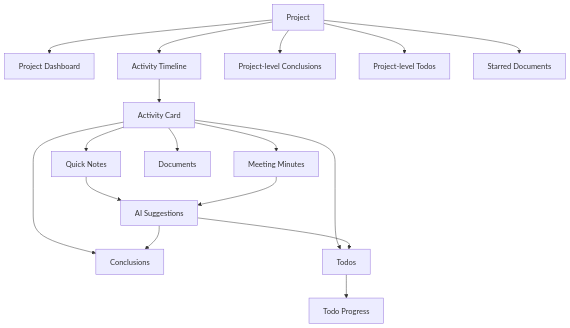
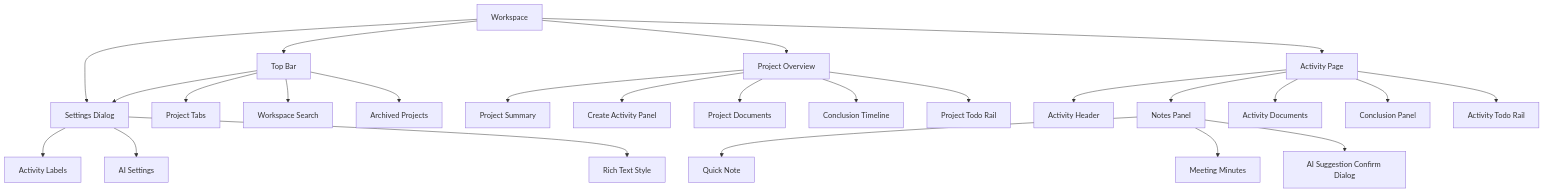
One commit to xuchen-cloud/project_mind changed the diagram in docs/alpha-ux.md. Above: the diagram before and after it, drawn with Mermaid. The commit also changed other lines of this file and 122 other files, not shown here.

````diff
--- a/docs/alpha-ux.md
+++ b/docs/alpha-ux.md
@@ -5,19 +22,27 @@
 ```mermaid
 flowchart TD
-  A["Project"] --> B["Project Dashboard"]
-  A --> C["Activity Timeline"]
-  A --> D["Project-level Conclusions"]
-  A --> E["Project-level Todos"]
-  A --> F["Starred Documents"]
-  C --> G["Activity Card"]
-  G --> H["Quick Notes"]
-  G --> I["Meeting Minutes"]
-  G --> J["Conclusions"]
-  G --> K["Todos"]
-  G --> L["Documents"]
-  K --> M["Todo Progress"]
-  H --> N["AI Suggestions"]
-  I --> N
-  N --> J
-  N --> K
+  A["Workspace"] --> B["Top Bar"]
+  A --> C["Project Overview"]
+  A --> D["Activity Page"]
+  A --> E["Settings Dialog"]
+  B --> F["Project Tabs"]
+  B --> G["Workspace Search"]
+  B --> H["Archived Projects"]
+  B --> E
+  C --> I["Project Summary"]
+  C --> J["Create Activity Panel"]
+  C --> K["Project Documents"]
+  C --> L["Conclusion Timeline"]
+  C --> M["Project Todo Rail"]
+  D --> N["Activity Header"]
+  D --> O["Notes Panel"]
+  D --> P["Activity Documents"]
+  D --> Q["Conclusion Panel"]
+  D --> R["Activity Todo Rail"]
+  O --> S["Quick Note"]
+  O --> T["Meeting Minutes"]
+  O --> U["AI Suggestion Confirm Dialog"]
+  E --> V["Activity Labels"]
+  E --> W["AI Settings"]
+  E --> X["Rich Text Style"]
 ```
````
